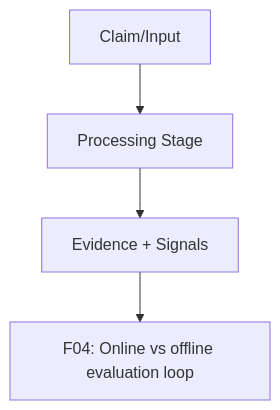
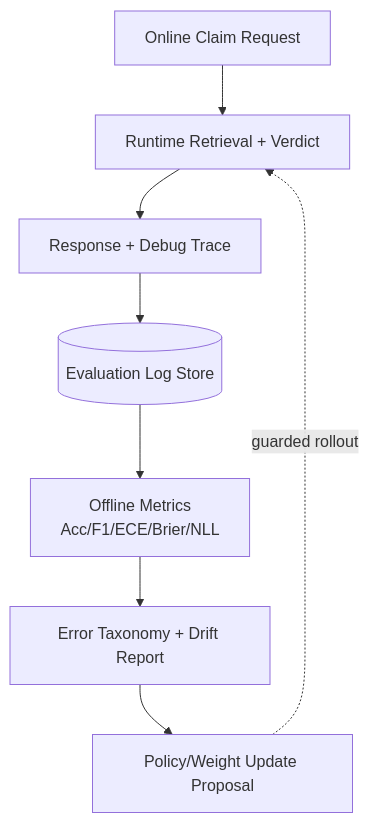
One commit to Luxia-AI/docs changed the fourth of 5 diagrams in methodology/figures/01-method-overview-pack.md. Above: the diagram before and after it, drawn with Mermaid. The commit also changed other lines of this file and 9 other files, not shown here.

First line of the commit message:
Refactor methodology figures with updated Mermaid diagrams and enhanced clarity across multiple packs. Key changes include:

````diff
--- a/methodology/figures/01-method-overview-pack.md
+++ b/methodology/figures/01-method-overview-pack.md
@@ -97,6 +135,11 @@
 ```mermaid
 flowchart TD
-    A[Claim/Input] --> B[Processing Stage]
-    B --> C[Evidence + Signals]
-    C --> D[F04: Online vs offline evaluation loop]
+  OL1[Online Claim Request] --> OL2[Runtime Retrieval + Verdict]
+  OL2 --> OL3[Response + Debug Trace]
+  OL3 --> OFF1[(Evaluation Log Store)]
+  OFF1 --> OFF2[Offline Metrics
+Acc/F1/ECE/Brier/NLL]
+  OFF2 --> OFF3[Error Taxonomy + Drift Report]
+  OFF3 --> OFF4[Policy/Weight Update Proposal]
+  OFF4 -. guarded rollout .-> OL2
 ```
````
